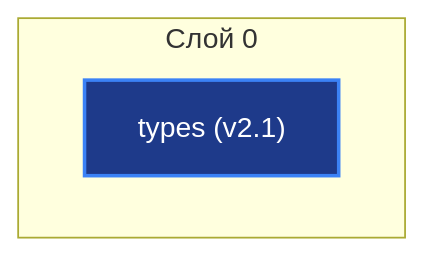
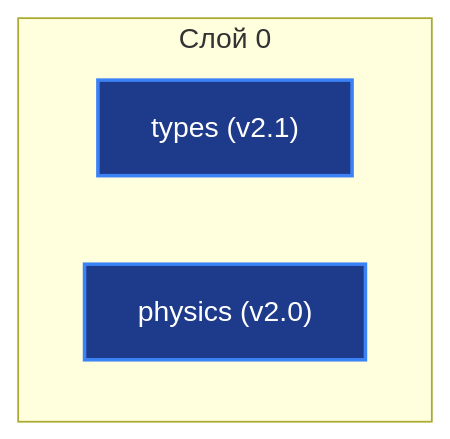
The diagram in docs/engine/INDEX.md (H4V1K-dev/axicor_enterprise), drawn with Mermaid before and after one commit. The commit also changed other lines of this file and 3 other files, not shown here.

````diff
--- a/docs/engine/INDEX.md
+++ b/docs/engine/INDEX.md
@@ -9,9 +9,10 @@
 ```mermaid
 graph TD
     subgraph L0["Слой 0"]
         types["types (v2.1)"]
+        physics["physics (v2.0)"]
     end
 
     classDef active fill:#1e3a8a,stroke:#3b82f6,stroke-width:2px,color:#fff;
-    class types active;
+    class types,physics active;
 ```
````
